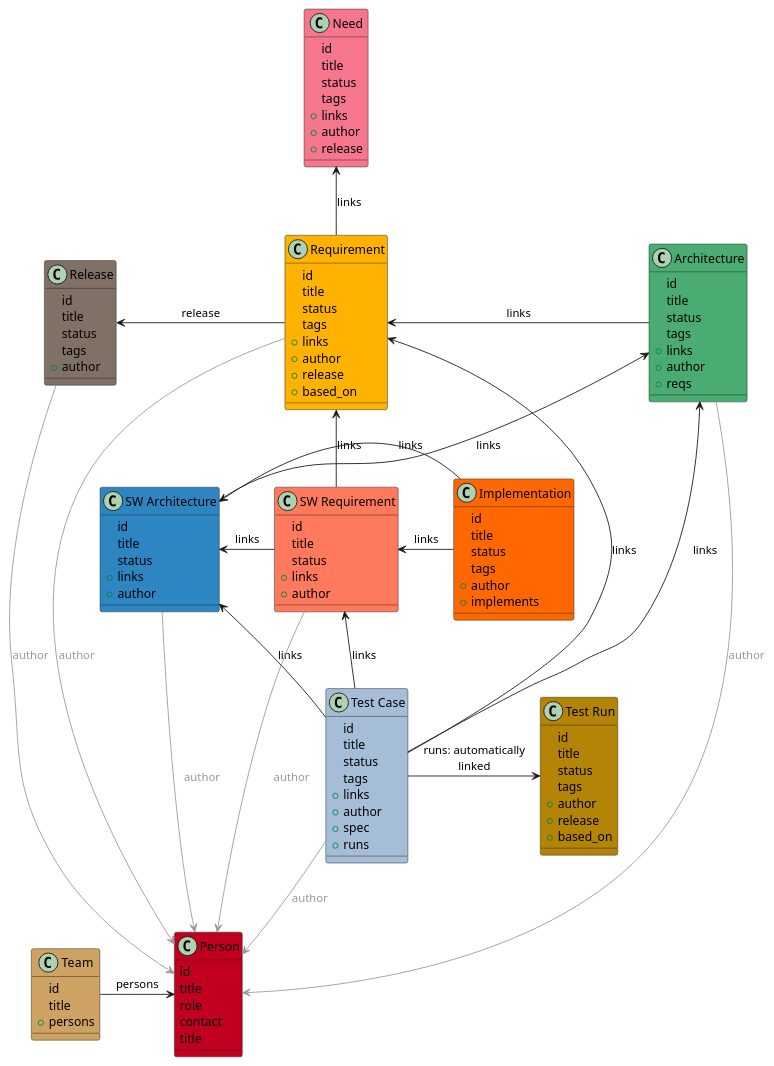
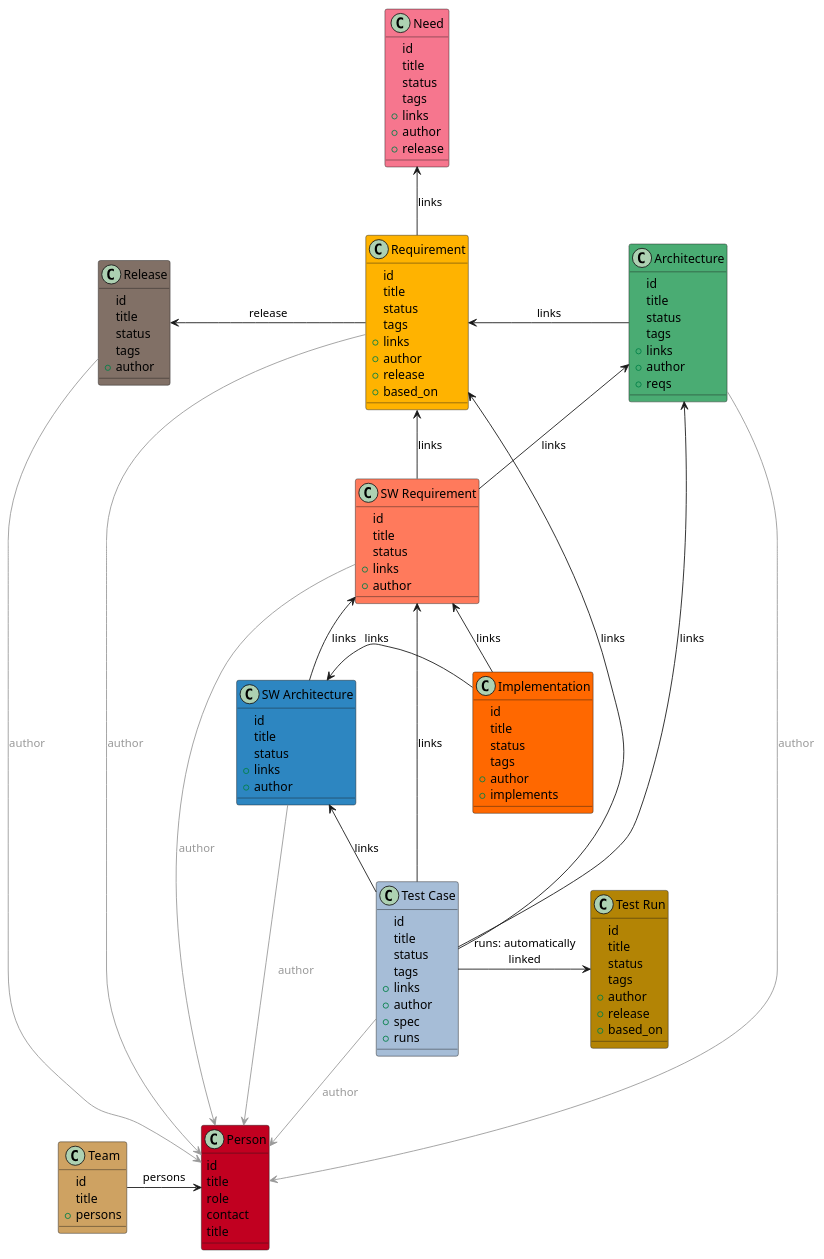
Before and after one commit to useblocks/sphinx-needs-demo: the diagram in docs/automotive-adas/index.rst, drawn with PlantUML.

Commit message:
ADAS model uipdate

```diff
--- a/docs/automotive-adas/index.rst
+++ b/docs/automotive-adas/index.rst
@@ -153,14 +153,14 @@
    req -left-> release: release
    
    arch <-- test: links
-   arch <-- swarch: links
-   
-   swarch <- swreq: links
+   arch <-- swreq: links
+      
    swarch <-- test : links
    swarch <- impl: links
    
    swreq <-- test : links
    swreq  <- impl: links
+   swreq <-- swarch: links
    
    test -> run : runs: automatically\nlinked
 
```
